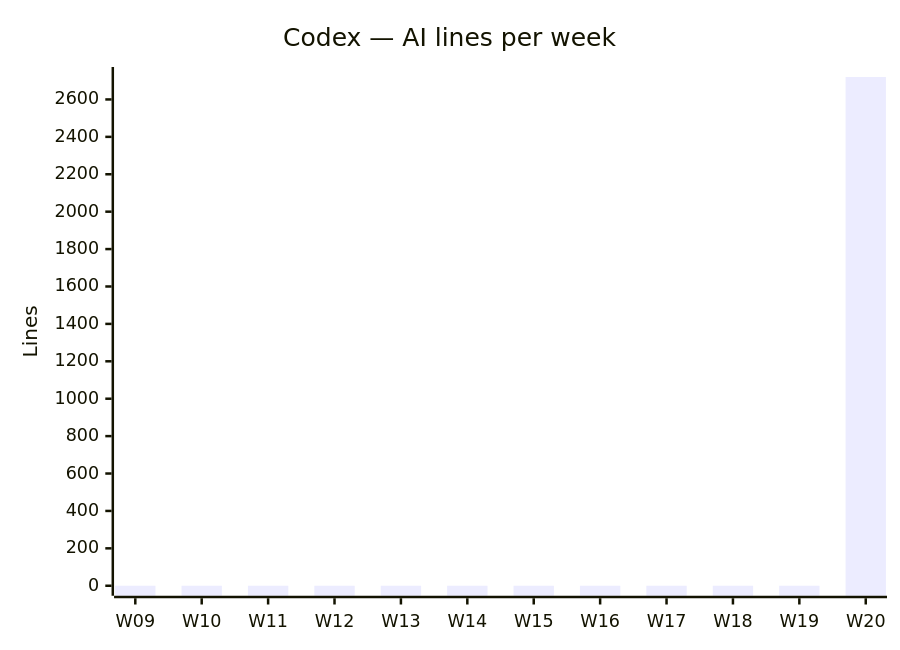
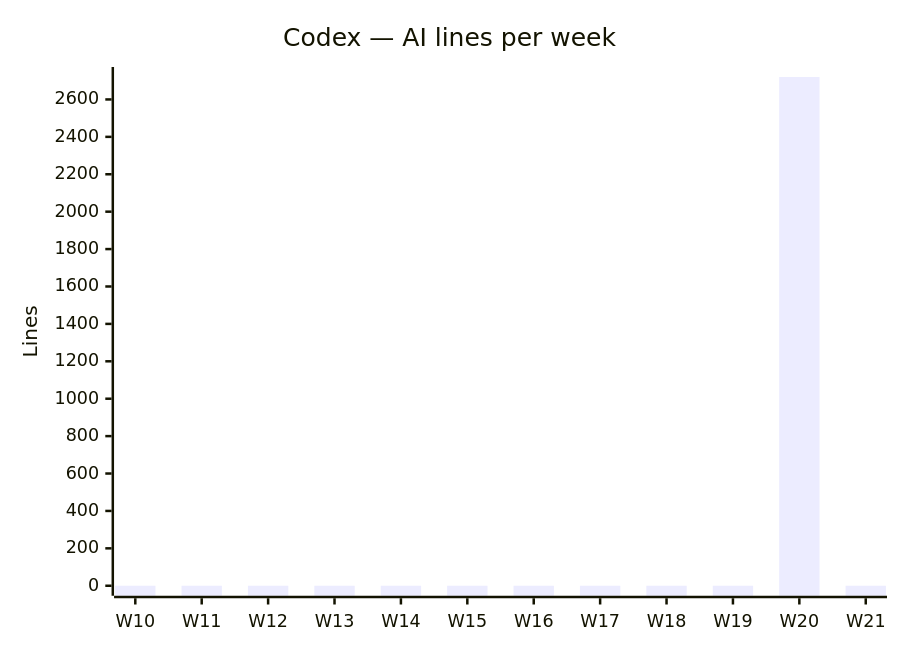
The third of 4 diagrams in docs/AI_USAGE.md (fromwaydowntown/ai-use), drawn with Mermaid before and after one commit. The commit also changed other lines of this file, not shown here.

````diff
--- a/docs/AI_USAGE.md
+++ b/docs/AI_USAGE.md
@@ -39,7 +39,7 @@
 ```mermaid
 xychart-beta
     title "Codex — AI lines per week"
-    x-axis ["W09", "W10", "W11", "W12", "W13", "W14", "W15", "W16", "W17", "W18", "W19", "W20"]
+    x-axis ["W10", "W11", "W12", "W13", "W14", "W15", "W16", "W17", "W18", "W19", "W20", "W21"]
     y-axis "Lines"
-    bar [0, 0, 0, 0, 0, 0, 0, 0, 0, 0, 0, 2720]
+    bar [0, 0, 0, 0, 0, 0, 0, 0, 0, 0, 2720, 0]
 ```
````
